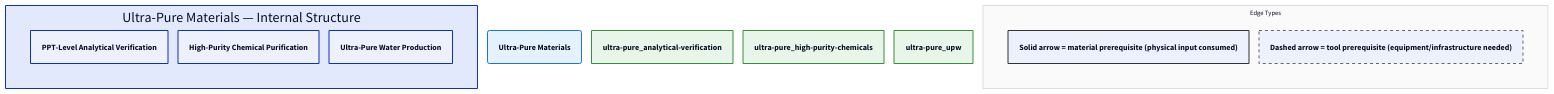
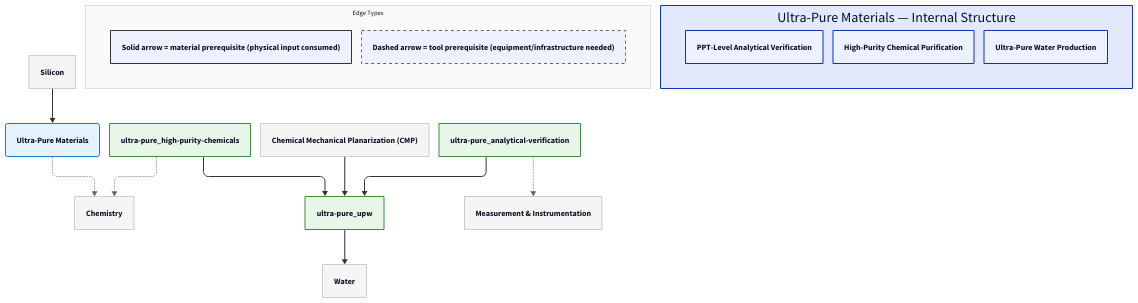
Before and after one commit to egofree/TechTree: the diagram in diagrams/d2/ultra-pure.d2, drawn with D2. The commit also changed 77 other files, not shown here.

First line of the commit message:
chore: regenerate all diagrams after entity additions

```diff
--- a/diagrams/d2/ultra-pure.d2
+++ b/diagrams/d2/ultra-pure.d2
@@ -1,122 +1,150 @@
 vars: {
   d2-config: {
     layout-engine: elk
     pad: 20
     center: true
   }
 }
 
 direction: down
 
 classes: {
   domain: {
     style: {
       fill: "#e3f2fd"
       stroke: "#1976d2"
       stroke-width: 2
       border-radius: 4
     }
   }
   capability: {
     style: {
       fill: "#e8f5e9"
       stroke: "#388e3c"
       stroke-width: 2
     }
   }
   process: {
     style: {
       fill: "#fff3e0"
       stroke: "#f57c00"
       stroke-width: 2
     }
   }
   critical: {
     style: {
       fill: "#fff3e0"
       stroke: "#f57c00"
       stroke-width: 3
       bold: true
     }
   }
   earlyWin: {
     style: {
       fill: "#e8f5e9"
       stroke: "#388e3c"
       stroke-width: 3
     }
   }
   pinnacle: {
     style: {
       fill: "#fce4ec"
       stroke: "#c62828"
       stroke-width: 3
       bold: true
     }
   }
   external: {
     style: {
       fill: "#f5f5f5"
       stroke: "#9e9e9e"
       stroke-width: 1
     }
   }
   legend: {
     style: {
       fill: "#fafafa"
       stroke: "#bdbdbd"
       stroke-width: 1
       font-size: 13
     }
   }
   material-edge: {
     style: {
       stroke: "#333333"
       stroke-width: 2
     }
   }
   tool-edge: {
     style: {
       stroke: "#666666"
       stroke-width: 1
       stroke-dash: 3
     }
   }
 }
 
 # ==================== INTERNAL NODES ====================
 ultra-pure_internal: "Ultra-Pure Materials — Internal Structure" {
   ultra-pure_analytical-verification: PPT-Level Analytical Verification
   ultra-pure_high-purity-chemicals: High-Purity Chemical Purification
   ultra-pure_upw: Ultra-Pure Water Production
 }
 
 # ==================== DOMAIN NODE ====================
 ultra-pure: Ultra-Pure Materials
 
 # ==================== EXTERNAL DEPENDENCIES ====================
+chemistry: Chemistry {
+  shape: rectangle
+}
+measurement: "Measurement & Instrumentation" {
+  shape: rectangle
+}
+photolithography_fab-processes_cmp: "Chemical Mechanical Planarization (CMP)" {
+  shape: rectangle
+}
+silicon: Silicon {
+  shape: rectangle
+}
+water: Water {
+  shape: rectangle
+}
 
 # ==================== EDGES ====================
+ultra-pure_analytical-verification -> ultra-pure_upw: { class: material-edge }
+ultra-pure_high-purity-chemicals -> ultra-pure_upw: { class: material-edge }
+photolithography_fab-processes_cmp -> ultra-pure_upw: { class: material-edge }
+silicon -> ultra-pure: { class: material-edge }
+ultra-pure_analytical-verification -> measurement: { class: tool-edge }
+ultra-pure_high-purity-chemicals -> chemistry: { class: tool-edge }
+ultra-pure_upw -> water: { class: material-edge }
+ultra-pure -> chemistry: { class: tool-edge }
 
 # ==================== STYLING ====================
 ultra-pure.class: domain
 ultra-pure_analytical-verification.class: capability
 ultra-pure_high-purity-chemicals.class: capability
 ultra-pure_upw.class: capability
+chemistry.class: external
+measurement.class: external
+photolithography_fab-processes_cmp.class: external
+silicon.class: external
+water.class: external
 
 # ==================== LEGEND ====================
 d2-legend: "Edge Types" {
   class: legend
   mat: "Solid arrow = material prerequisite (physical input consumed)" {
     style: {
       stroke: "#333333"
       stroke-width: 2
     }
   }
   tool: "Dashed arrow = tool prerequisite (equipment/infrastructure needed)" {
     style: {
       stroke: "#666666"
       stroke-dash: 3
     }
   }
 }
```
